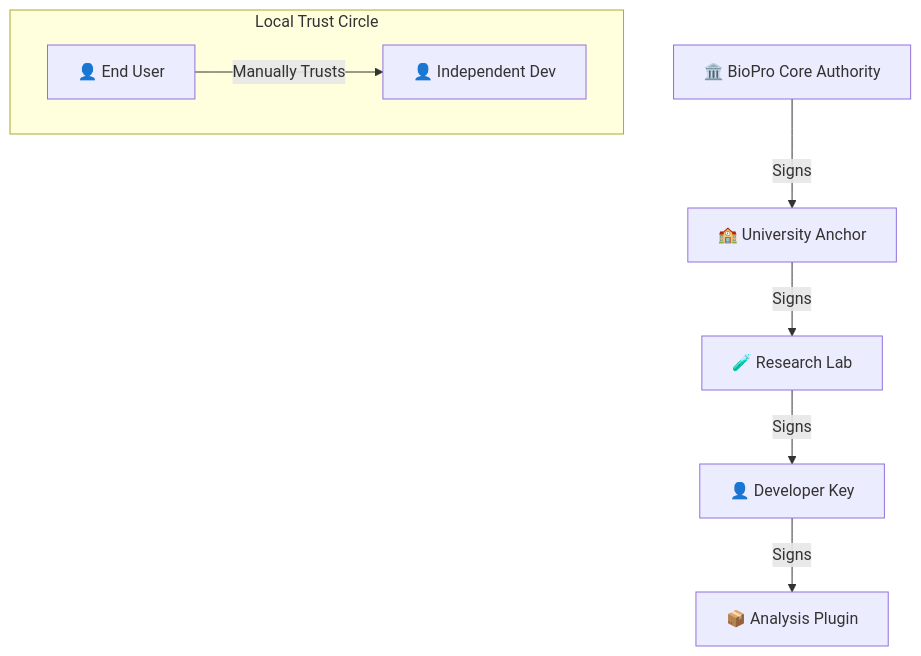
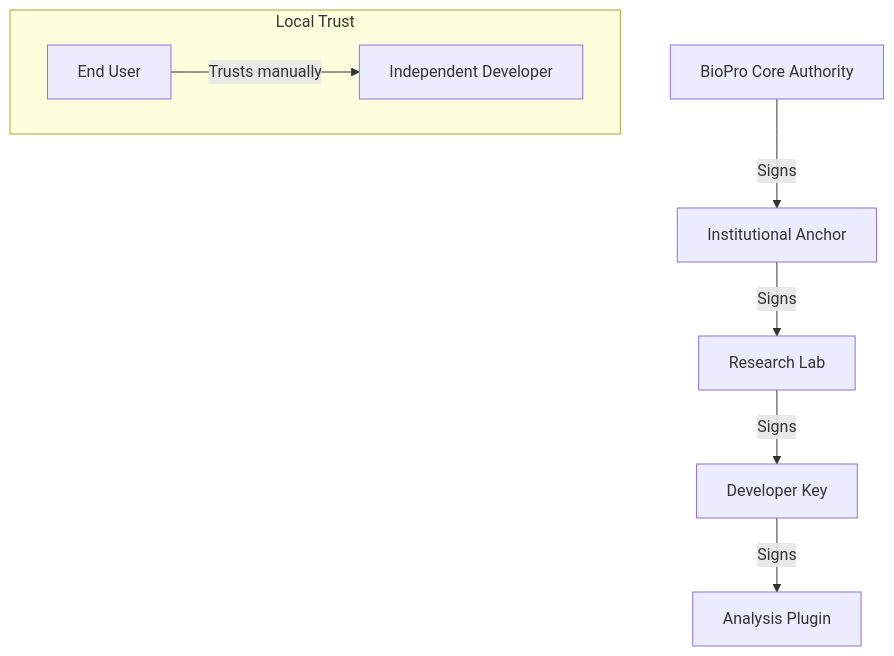
One commit to KalaimaranB/BioPro changed the diagram in docs/user/10_Security_and_Trust.md. Above: the diagram before and after it, drawn with Mermaid. The commit also changed other lines of this file and 19 other files, not shown here.

````diff
--- a/docs/user/10_Security_and_Trust.md
+++ b/docs/user/10_Security_and_Trust.md
@@ -11,11 +11,11 @@
 ```mermaid
 graph TD
-    Root[🏛️ BioPro Core Authority] -->|Signs| Uni[🏫 University Anchor]
-    Uni -->|Signs| Lab[🧪 Research Lab]
-    Lab -->|Signs| Dev[👤 Developer Key]
-    Dev -->|Signs| Plugin[📦 Analysis Plugin]
+    Root[BioPro Core Authority] -->|Signs| Uni[Institutional Anchor]
+    Uni -->|Signs| Lab[Research Lab]
+    Lab -->|Signs| Dev[Developer Key]
+    Dev -->|Signs| Plugin[Analysis Plugin]
 
-    subgraph "Local Trust Circle"
-        User[👤 End User] -->|Manually Trusts| Indie[👤 Independent Dev]
+    subgraph "Local Trust"
+        User[End User] -->|Trusts manually| Indie[Independent Developer]
     end
 ```
````
